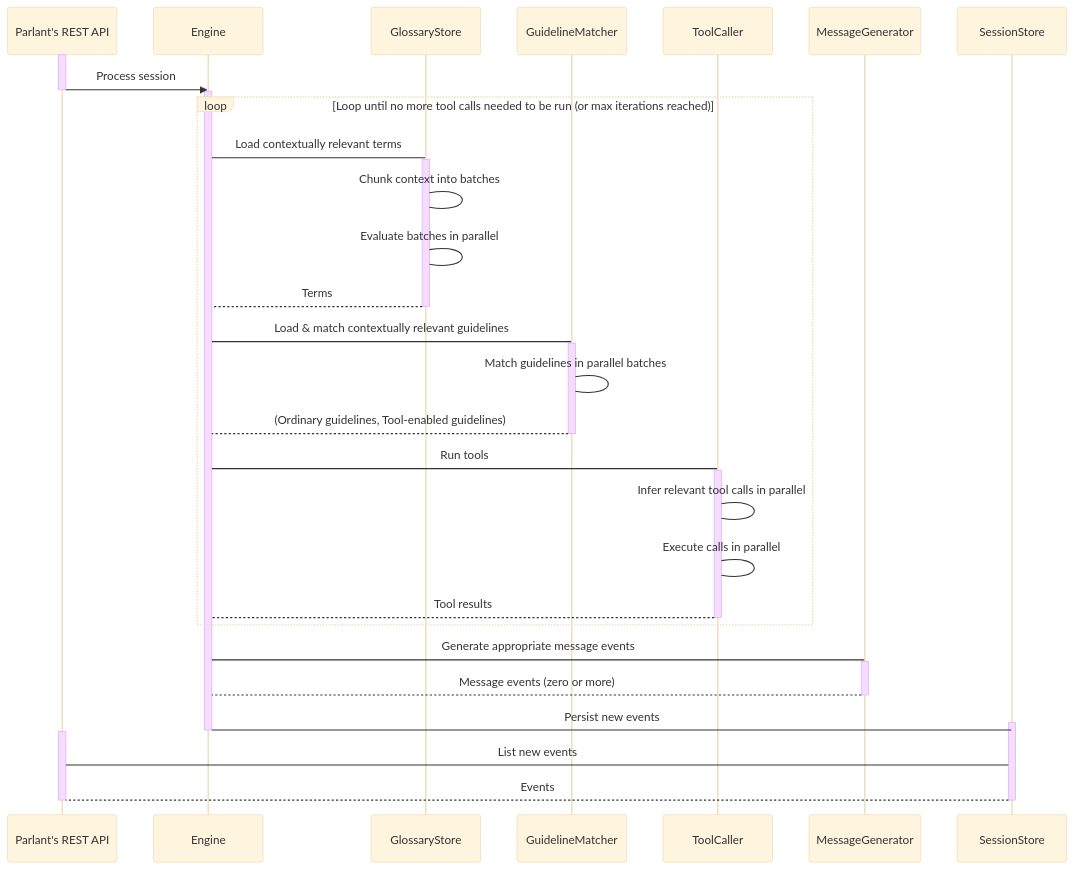
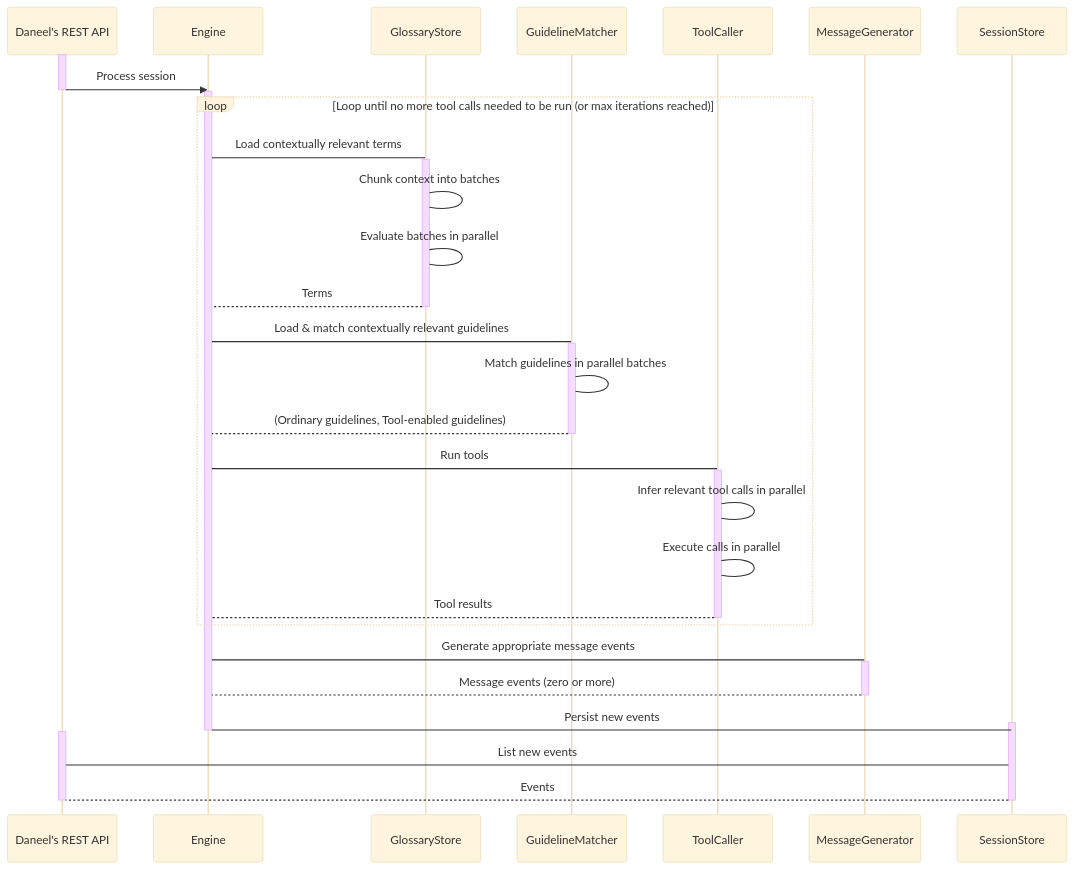
One commit to dougdotcon/Daneel changed the fifth of 5 diagrams in docs/engine_lifecycle.md. Above: the diagram before and after it, drawn with Mermaid (base theme). The commit also changed other lines of this file and 307 other files, not shown here.

````diff
--- a/docs/engine_lifecycle.md
+++ b/docs/engine_lifecycle.md
@@ -92,54 +92,54 @@
 ```mermaid
 sequenceDiagram
-    participant API as Parlant's REST API
+    participant API as Daneel's REST API
     participant Engine
     participant GlossaryStore
     participant GuidelineMatcher
     participant ToolCaller
     participant MessageGenerator
     participant SessionStore
 
     activate API
     API ->> Engine: Process session
     deactivate API
 
     activate Engine
 
     loop Loop until no more tool calls needed to be run (or max iterations reached)
         Engine -> GlossaryStore: Load contextually relevant terms
         activate GlossaryStore
         GlossaryStore -> GlossaryStore: Chunk context into batches
         GlossaryStore -> GlossaryStore: Evaluate batches in parallel
         GlossaryStore --> Engine: Terms
         deactivate GlossaryStore
 
         Engine -> GuidelineMatcher: Load & match contextually relevant guidelines
         activate GuidelineMatcher
         GuidelineMatcher -> GuidelineMatcher: Match guidelines in parallel batches
         GuidelineMatcher --> Engine: (Ordinary guidelines, Tool-enabled guidelines)
         deactivate GuidelineMatcher
 
         Engine -> ToolCaller: Run tools
         activate ToolCaller
         ToolCaller -> ToolCaller: Infer relevant tool calls in parallel
         ToolCaller -> ToolCaller: Execute calls in parallel
         ToolCaller --> Engine: Tool results
         deactivate ToolCaller
     end
 
     Engine -> MessageGenerator: Generate appropriate message events
     activate MessageGenerator
     MessageGenerator --> Engine: Message events (zero or more)
     deactivate MessageGenerator
 
     Engine -> SessionStore: Persist new events
     activate SessionStore
 
     deactivate Engine
 
     activate API
     API -> SessionStore: List new events
     SessionStore --> API: Events
     deactivate API
     deactivate SessionStore
 ```
````
